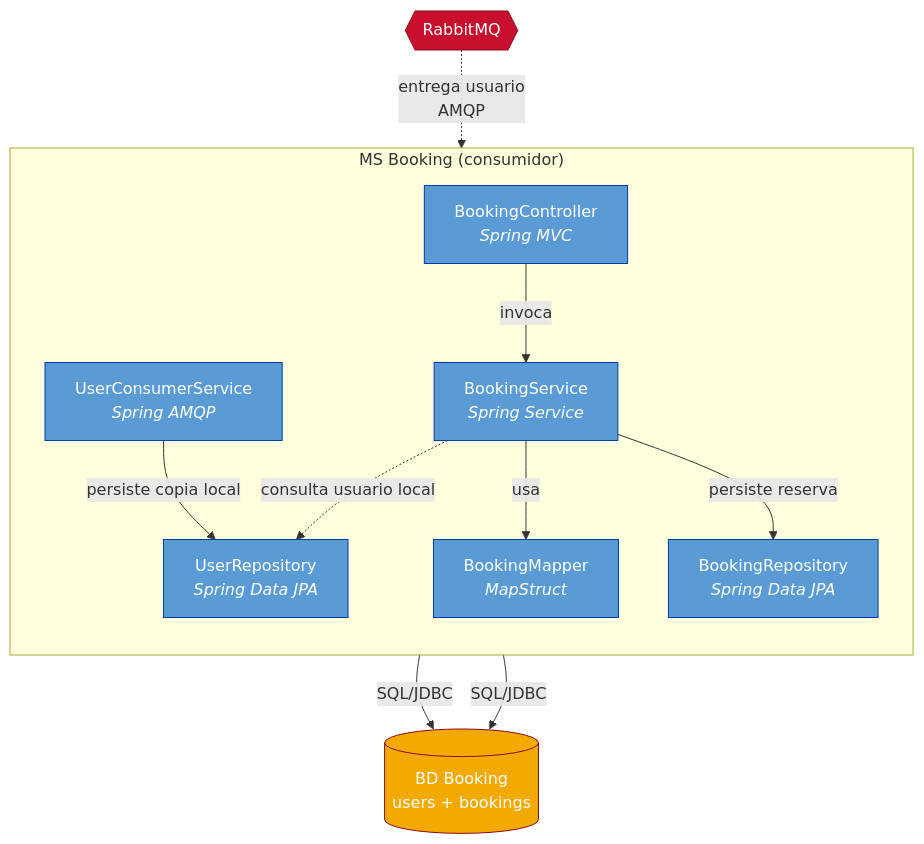
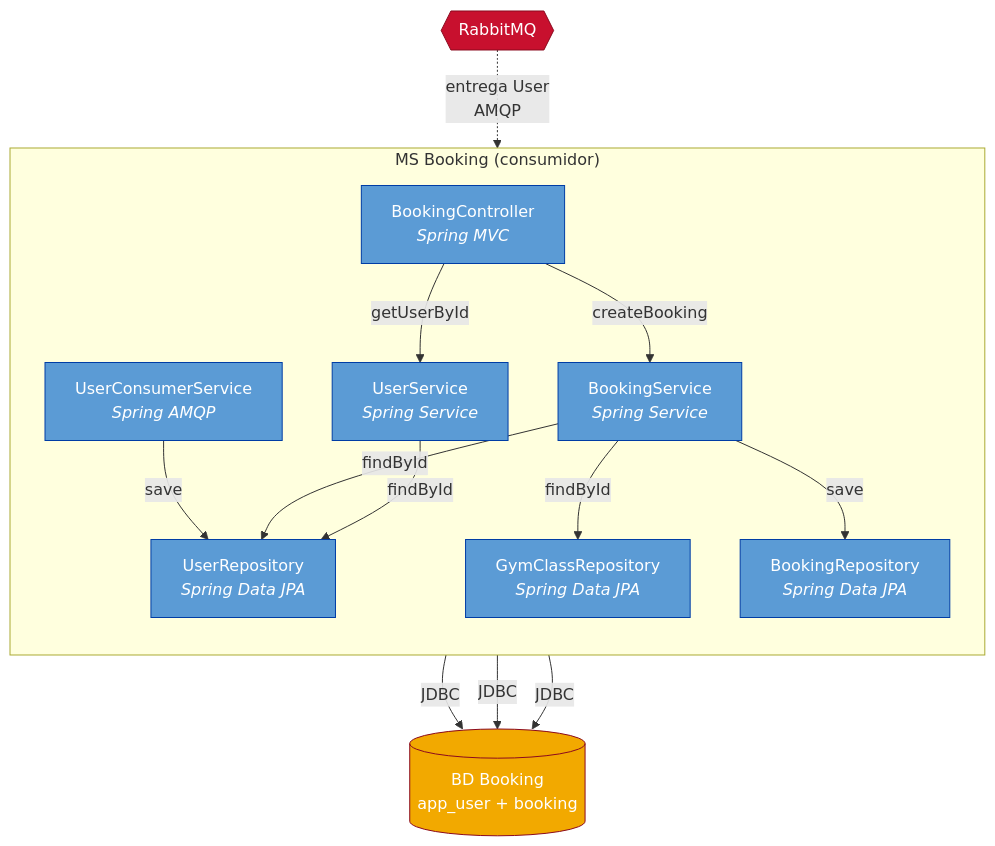
One commit to arielhurtado/springbootexamples changed the sixth of 8 diagrams in BokingGymNewVersion/architecture.md. Above: the diagram before and after it, drawn with Mermaid. The commit also changed other lines of this file, not shown here.

Commit message:
Update architecture complaint with the code

````diff
--- a/BokingGymNewVersion/architecture.md
+++ b/BokingGymNewVersion/architecture.md
@@ -385,33 +390,37 @@
 ```mermaid
 flowchart TB
     subgraph boundary["MS Booking (consumidor)"]
         direction TB
         consumer["UserConsumerService<br/><i>Spring AMQP</i>"]
-        userRepoLocal["UserRepository<br/><i>Spring Data JPA</i>"]
+        userRepo["UserRepository<br/><i>Spring Data JPA</i>"]
+        userService["UserService<br/><i>Spring Service</i>"]
         bookingController["BookingController<br/><i>Spring MVC</i>"]
         bookingService["BookingService<br/><i>Spring Service</i>"]
         bookingRepo["BookingRepository<br/><i>Spring Data JPA</i>"]
-        bookingMapper["BookingMapper<br/><i>MapStruct</i>"]
+        gymRepo["GymClassRepository<br/><i>Spring Data JPA</i>"]
     end
 
-    bdBooking[("BD Booking<br/>users + bookings")]
+    bdBooking[("BD Booking<br/>app_user + booking")]
     broker{{"RabbitMQ"}}
 
-    broker -.->|entrega usuario<br/>AMQP| consumer
-    consumer -->|persiste copia local| userRepoLocal
-    userRepoLocal -->|SQL/JDBC| bdBooking
+    broker -.->|"entrega User<br/>AMQP"| consumer
+    consumer -->|save| userRepo
+    userRepo -->|JDBC| bdBooking
 
-    bookingController -->|invoca| bookingService
-    bookingService -->|usa| bookingMapper
-    bookingService -->|persiste reserva| bookingRepo
-    bookingService -.->|consulta usuario local| userRepoLocal
-    bookingRepo -->|SQL/JDBC| bdBooking
+    bookingController -->|createBooking| bookingService
+    bookingController -->|getUserById| userService
+    bookingService -->|findById| userRepo
+    bookingService -->|findById| gymRepo
+    bookingService -->|save| bookingRepo
+    userService -->|findById| userRepo
+    bookingRepo -->|JDBC| bdBooking
+    gymRepo -->|JDBC| bdBooking
 
     classDef component fill:#5B9BD5,stroke:#003DA5,color:#fff
     classDef database fill:#F2A900,stroke:#8B0A1F,color:#fff
     classDef broker fill:#C8102E,stroke:#8B0A1F,color:#fff
 
-    class consumer,userRepoLocal,bookingController,bookingService,bookingRepo,bookingMapper component
+    class consumer,userRepo,userService,bookingController,bookingService,bookingRepo,gymRepo component
     class bdBooking database
     class broker broker
 ```
````
